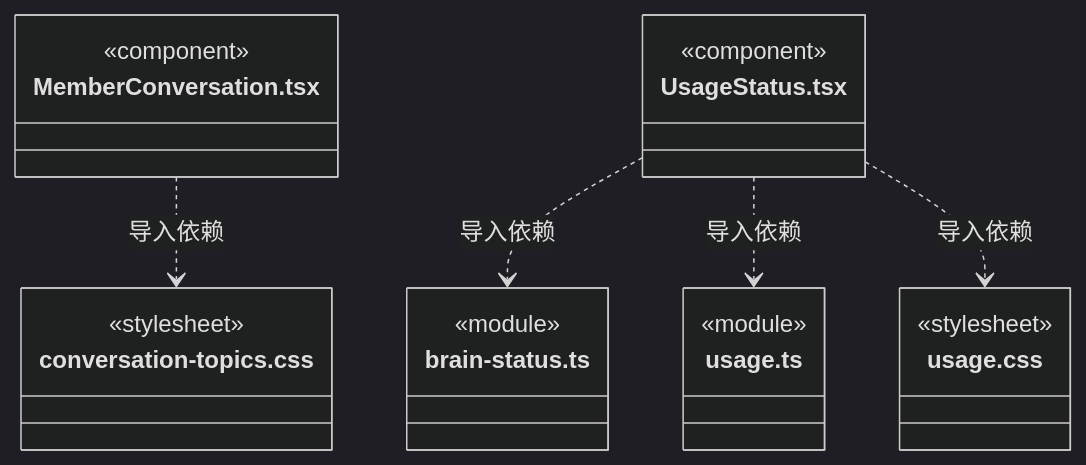
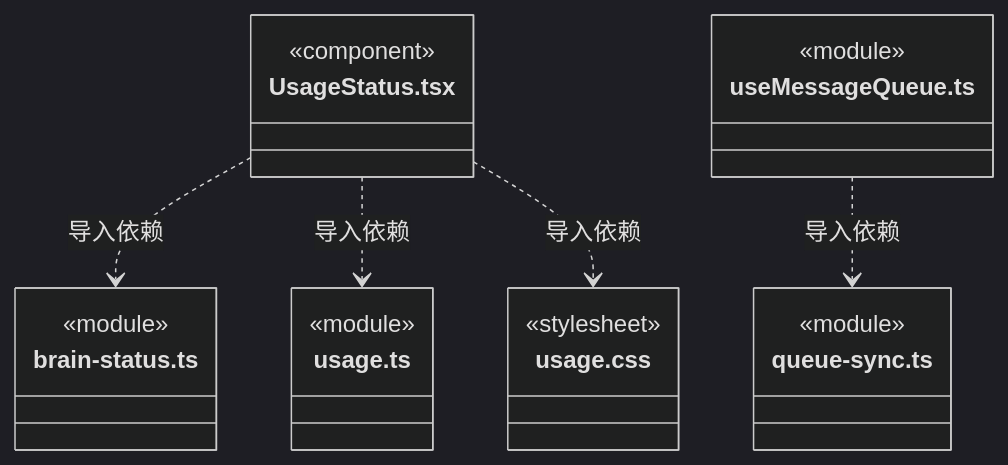
Before and after one commit to nan023062/cbim: diagram 47 of 49 in src/view/conversation/ARCHITECTURE.md, drawn with Mermaid (dark theme). The commit also changed other lines of this file and 15 other files, not shown here.

Commit message:
feat: queue ordinary input as separately identified task topics

````diff
--- a/src/view/conversation/ARCHITECTURE.md
+++ b/src/view/conversation/ARCHITECTURE.md
@@ -736,25 +736,25 @@
 ```mermaid
 classDiagram
-class N_src_view_conversation_MemberConversation_tsx["MemberConversation.tsx"] {
-  <<component>>
-}
-class N_src_view_conversation_conversation_topics_css["conversation-topics.css"] {
-  <<stylesheet>>
-}
 class N_src_view_conversation_UsageStatus_tsx["UsageStatus.tsx"] {
   <<component>>
 }
 class N_src_view_conversation_brain_status_ts["brain-status.ts"] {
   <<module>>
 }
 class N_src_view_conversation_usage_ts["usage.ts"] {
   <<module>>
 }
 class N_src_view_conversation_usage_css["usage.css"] {
   <<stylesheet>>
 }
-N_src_view_conversation_MemberConversation_tsx ..> N_src_view_conversation_conversation_topics_css : 导入依赖
+class N_src_view_conversation_useMessageQueue_ts["useMessageQueue.ts"] {
+  <<module>>
+}
+class N_src_view_conversation_queue_sync_ts["queue-sync.ts"] {
+  <<module>>
+}
 N_src_view_conversation_UsageStatus_tsx ..> N_src_view_conversation_brain_status_ts : 导入依赖
 N_src_view_conversation_UsageStatus_tsx ..> N_src_view_conversation_usage_ts : 导入依赖
 N_src_view_conversation_UsageStatus_tsx ..> N_src_view_conversation_usage_css : 导入依赖
+N_src_view_conversation_useMessageQueue_ts ..> N_src_view_conversation_queue_sync_ts : 导入依赖
 ```
````
